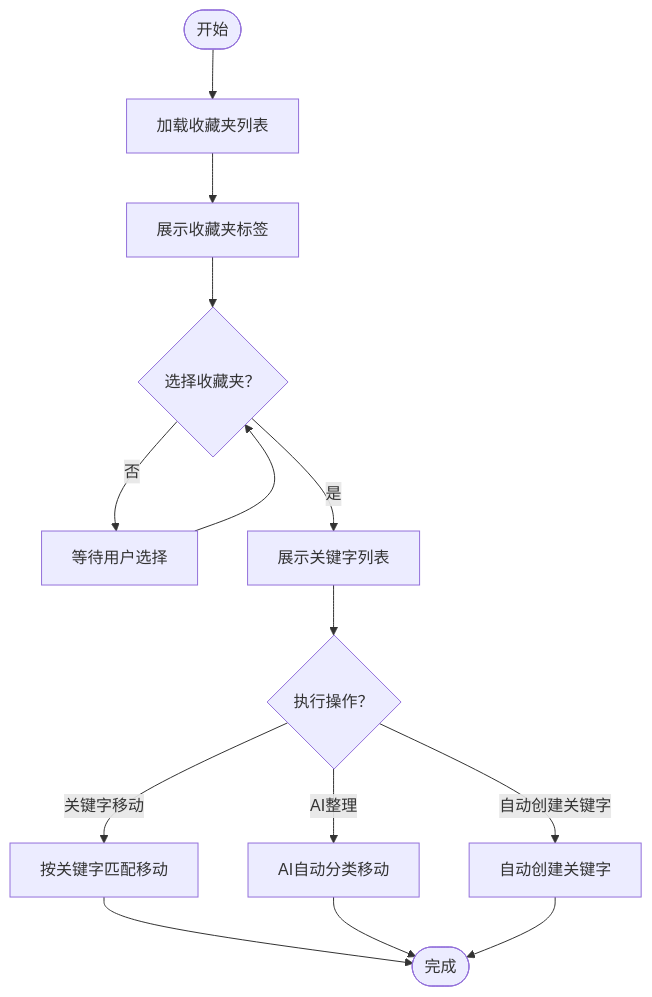
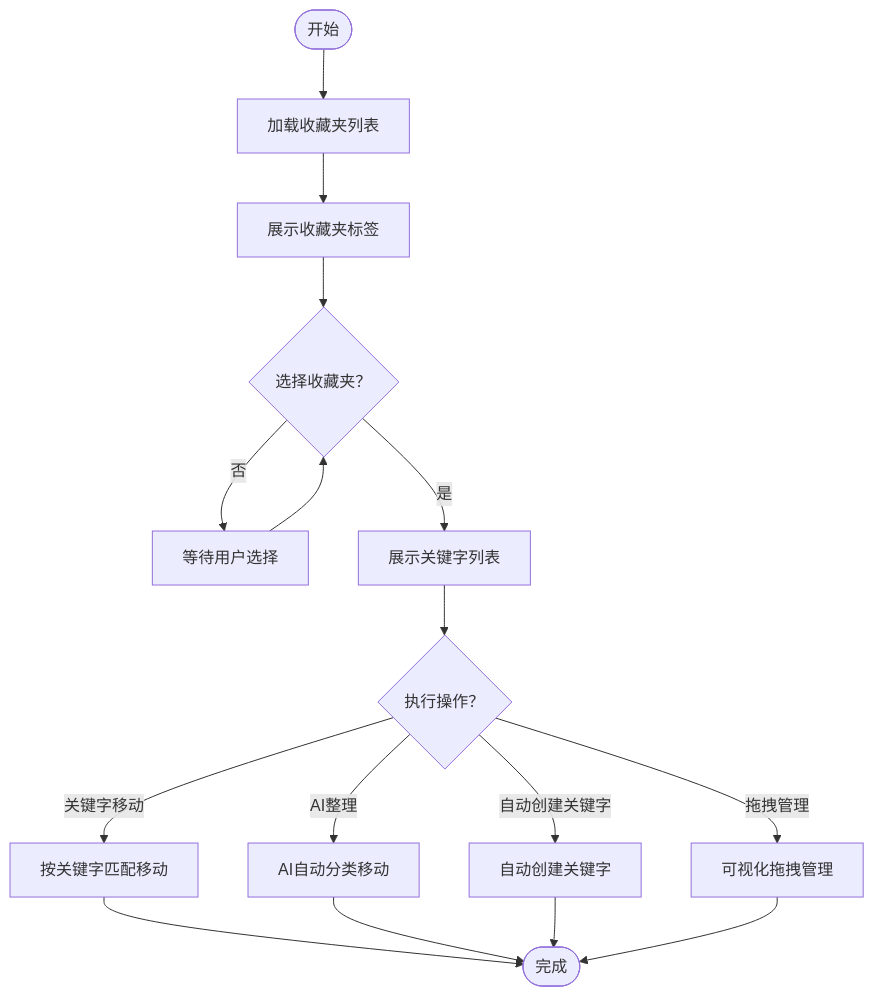
The third of 8 diagrams in .qoder/repowiki/zh/content/核心功能模块/核心功能模块.md (RadiumAg/bilibili-favorites), drawn with Mermaid before and after one commit. The commit also changed other lines of this file and 5 other files, not shown here.

````diff
--- a/.qoder/repowiki/zh/content/核心功能模块/核心功能模块.md
+++ b/.qoder/repowiki/zh/content/核心功能模块/核心功能模块.md
@@ -149,16 +178,18 @@
 ```mermaid
 flowchart TD
 Start(["开始"]) --> LoadFav["加载收藏夹列表"]
 LoadFav --> ShowTags["展示收藏夹标签"]
 ShowTags --> SelectTag{"选择收藏夹？"}
 SelectTag --> |否| Wait["等待用户选择"]
 SelectTag --> |是| ShowKeywords["展示关键字列表"]
 ShowKeywords --> Action{"执行操作？"}
 Action --> |关键字移动| MoveByKey["按关键字匹配移动"]
 Action --> |AI整理| AIMove["AI自动分类移动"]
 Action --> |自动创建关键字| AutoKey["自动创建关键字"]
+Action --> |拖拽管理| DragManage["可视化拖拽管理"]
 MoveByKey --> Done(["完成"])
 AIMove --> Done
 AutoKey --> Done
+DragManage --> Done
 Wait --> SelectTag
 ```
````
